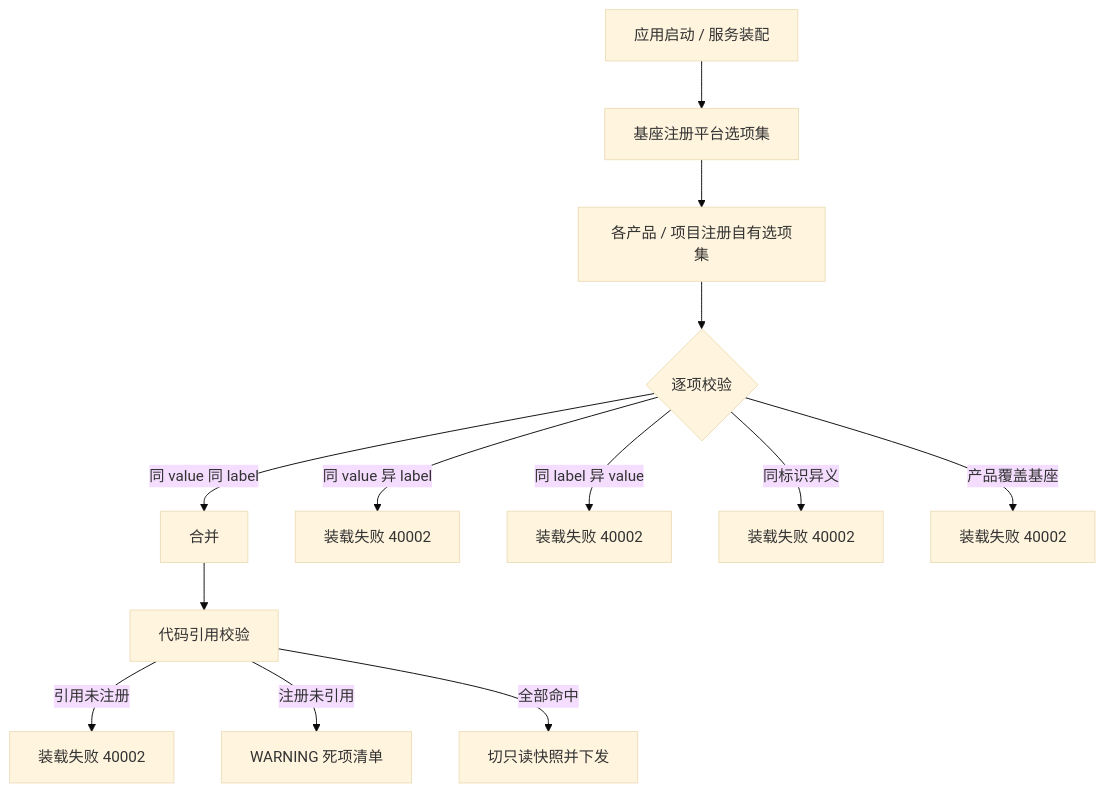
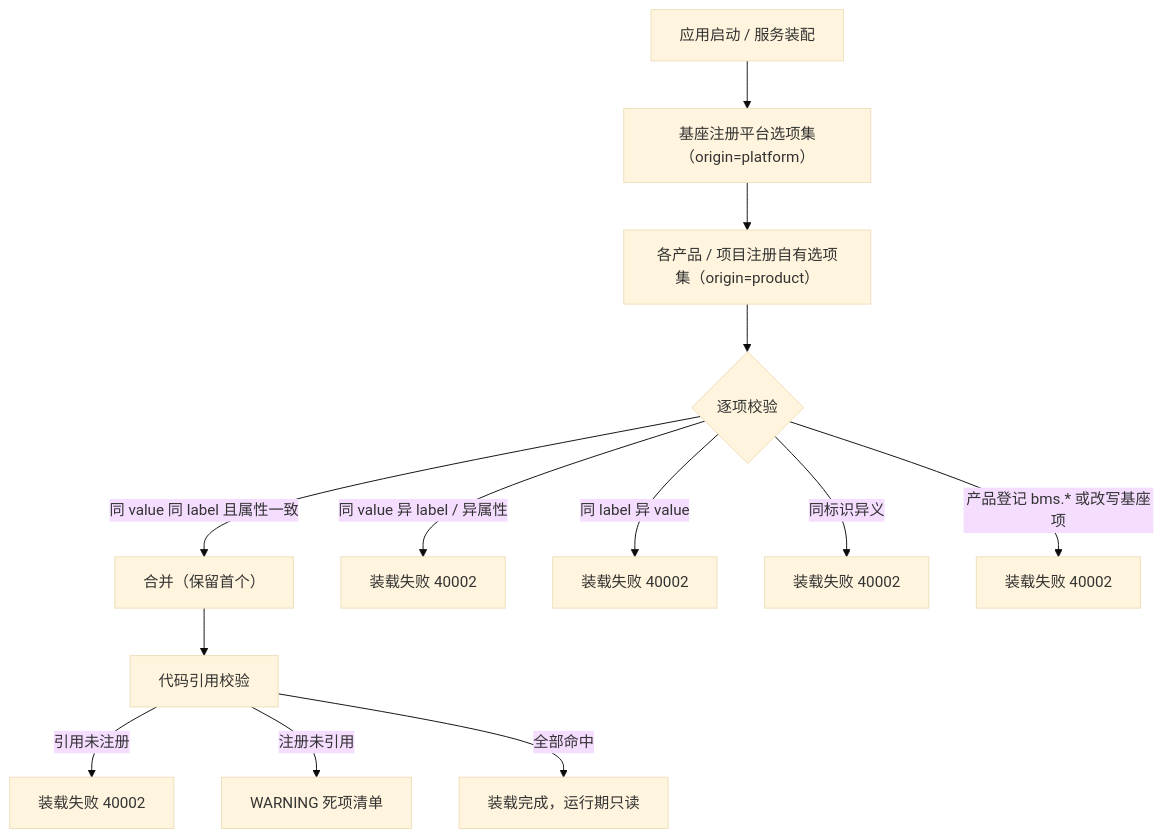
The diagram in bms文档/项目/01_项目骨架/任务/02_后端基座/02_后端基座_04_跨阶段基座/02_后端基座_04_跨阶段基座_28_选项集注册与校验基座/设计/28_详细设计_01_选项集注册与校验基座.md (minjian123/basic-management-system), drawn with Mermaid (base theme) before and after one commit. The commit also changed other lines of this file, not shown here.

````diff
--- a/bms文档/项目/01_项目骨架/任务/02_后端基座/02_后端基座_04_跨阶段基座/02_后端基座_04_跨阶段基座_28_选项集注册与校验基座/设计/28_详细设计_01_选项集注册与校验基座.md
+++ b/bms文档/项目/01_项目骨架/任务/02_后端基座/02_后端基座_04_跨阶段基座/02_后端基座_04_跨阶段基座_28_选项集注册与校验基座/设计/28_详细设计_01_选项集注册与校验基座.md
@@ -81,15 +95,15 @@
 ```mermaid
 flowchart TD
-    A["应用启动 / 服务装配"] --> B["基座注册平台选项集"]
-    B --> C["各产品 / 项目注册自有选项集"]
+    A["应用启动 / 服务装配"] --> B["基座注册平台选项集（origin=platform）"]
+    B --> C["各产品 / 项目注册自有选项集（origin=product）"]
     C --> D{"逐项校验"}
-    D -->|"同 value 同 label"| E["合并"]
-    D -->|"同 value 异 label"| F["装载失败 40002"]
+    D -->|"同 value 同 label 且属性一致"| E["合并（保留首个）"]
+    D -->|"同 value 异 label / 异属性"| F["装载失败 40002"]
     D -->|"同 label 异 value"| G["装载失败 40002"]
     D -->|"同标识异义"| H["装载失败 40002"]
-    D -->|"产品覆盖基座"| I["装载失败 40002"]
+    D -->|"产品登记 bms.* 或改写基座项"| I["装载失败 40002"]
     E --> J["代码引用校验"]
     J -->|"引用未注册"| K["装载失败 40002"]
     J -->|"注册未引用"| L["WARNING 死项清单"]
-    J -->|"全部命中"| M["切只读快照并下发"]
+    J -->|"全部命中"| M["装载完成，运行期只读"]
 ```
````
